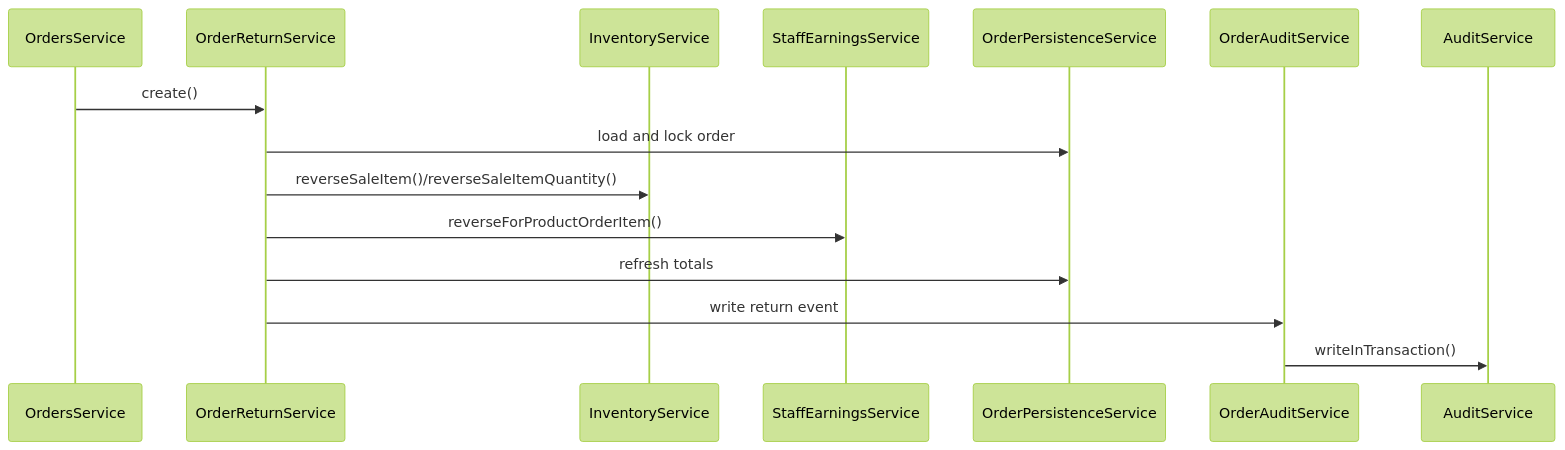
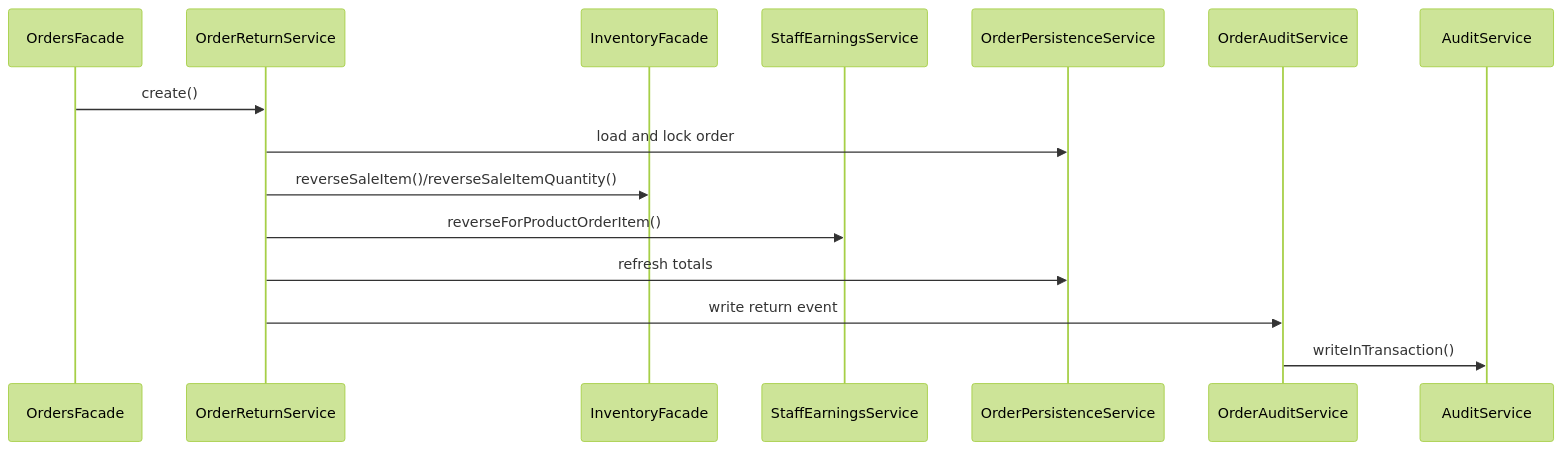
The fifth of 7 diagrams in docs/architecture/flows.md (pavelnagorsky/crm-core), drawn with Mermaid (forest theme) before and after one commit. The commit also changed other lines of this file and 577 other files, not shown here.

````diff
--- a/docs/architecture/flows.md
+++ b/docs/architecture/flows.md
@@ -102,18 +102,18 @@
 ```mermaid
 sequenceDiagram
-  participant Orders as OrdersService
+  participant Orders as OrdersFacade
   participant Return as OrderReturnService
-  participant Inventory as InventoryService
+  participant Inventory as InventoryFacade
   participant Earnings as StaffEarningsService
   participant Persistence as OrderPersistenceService
   participant Audit as OrderAuditService
   participant AuditStore as AuditService
 
   Orders->>Return: create()
   Return->>Persistence: load and lock order
   Return->>Inventory: reverseSaleItem()/reverseSaleItemQuantity()
   Return->>Earnings: reverseForProductOrderItem()
   Return->>Persistence: refresh totals
   Return->>Audit: write return event
   Audit->>AuditStore: writeInTransaction()
 ```
````
